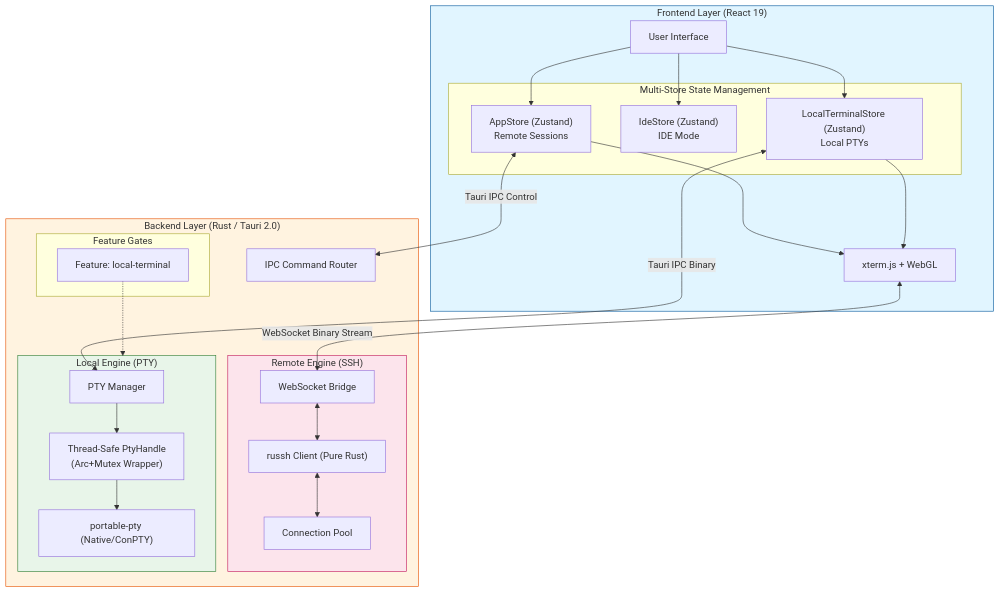
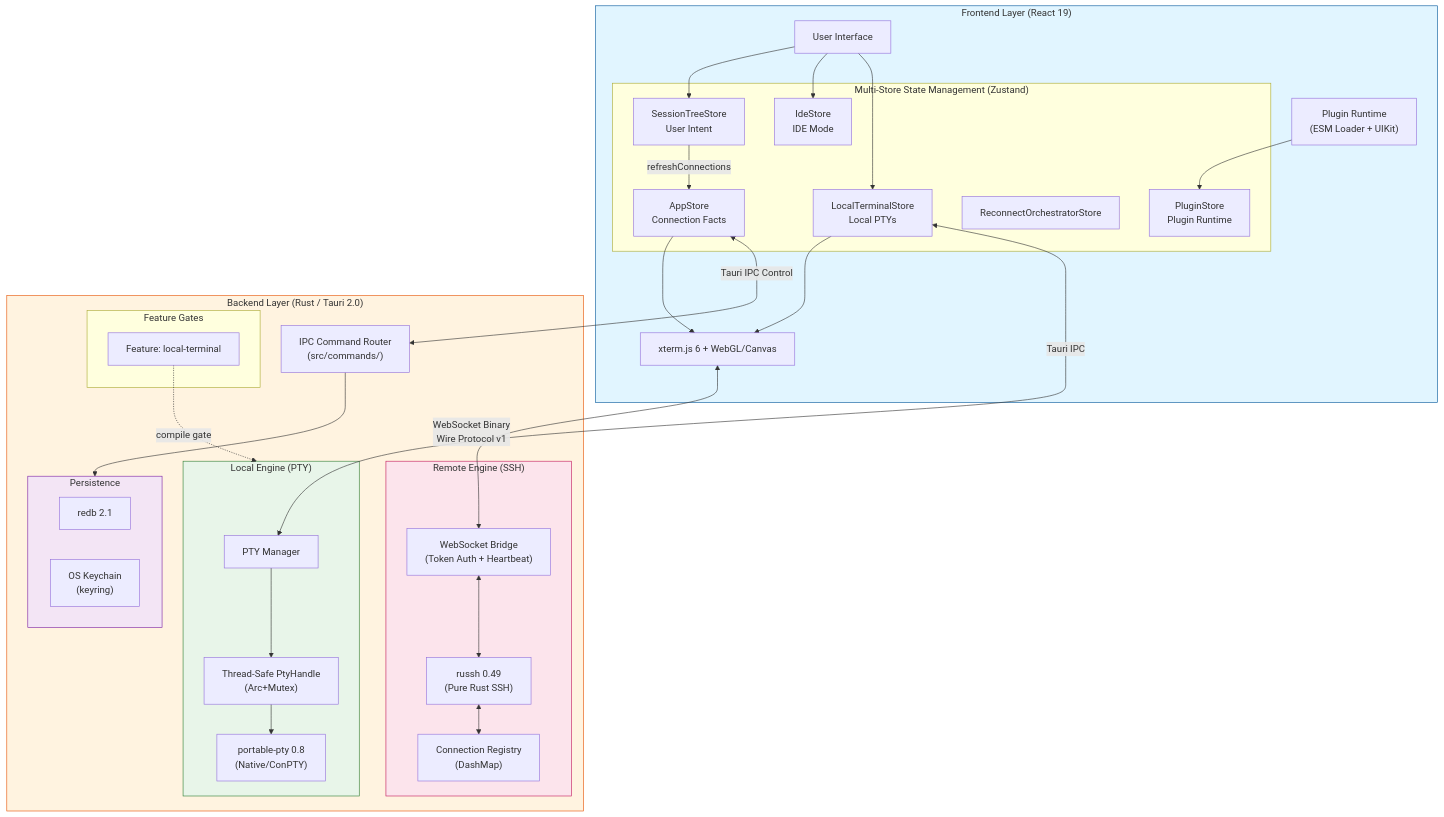
The diagram in README.md (AnalyseDeCircuit/OxideTerm), drawn with Mermaid before and after one commit. The commit also changed other lines of this file and 13 other files, not shown here.

First line of the commit message:
Refactor documentation and code structure for AI features, session management, and SFTP operations

````diff
--- a/README.md
+++ b/README.md
@@ -55,55 +58,68 @@
 ```mermaid
 flowchart TB
     subgraph Frontend ["Frontend Layer (React 19)"]
         UI[User Interface]
-        
-        subgraph Stores ["Multi-Store State Management"]
-            RemoteStore["AppStore (Zustand)<br/>Remote Sessions"]
-            IdeStore["IdeStore (Zustand)<br/>IDE Mode"]
-            LocalStore["LocalTerminalStore (Zustand)<br/>Local PTYs"]
+
+        subgraph Stores ["Multi-Store State Management (Zustand)"]
+            TreeStore["SessionTreeStore<br/>User Intent"]
+            AppStore["AppStore<br/>Connection Facts"]
+            IdeStore["IdeStore<br/>IDE Mode"]
+            LocalStore["LocalTerminalStore<br/>Local PTYs"]
+            ReconnectStore["ReconnectOrchestratorStore"]
+            PluginStore["PluginStore<br/>Plugin Runtime"]
         end
-        
-        Terminal["xterm.js + WebGL"]
-        
-        UI --> RemoteStore
+
+        Terminal["xterm.js 6 + WebGL/Canvas"]
+        PluginRT["Plugin Runtime<br/>(ESM Loader + UIKit)"]
+
+        UI --> TreeStore
+        TreeStore -->|refreshConnections| AppStore
         UI --> IdeStore
         UI --> LocalStore
-        RemoteStore --> Terminal
+        AppStore --> Terminal
         LocalStore --> Terminal
+        PluginRT --> PluginStore
     end
 
     subgraph Backend ["Backend Layer (Rust / Tauri 2.0)"]
-        Router["IPC Command Router"]
-        
+        Router["IPC Command Router<br/>(src/commands/)"]
+
         subgraph Features ["Feature Gates"]
             LocalFeat["Feature: local-terminal"]
         end
 
         subgraph RemoteEngine ["Remote Engine (SSH)"]
-            WS["WebSocket Bridge"]
-            SSH["russh Client (Pure Rust)"]
-            Pool["Connection Pool"]
+            WS["WebSocket Bridge<br/>(Token Auth + Heartbeat)"]
+            SSH["russh 0.49<br/>(Pure Rust SSH)"]
+            Pool["Connection Registry<br/>(DashMap)"]
         end
 
         subgraph LocalEngine ["Local Engine (PTY)"]
             PtyMgr["PTY Manager"]
-            PtyHandle["Thread-Safe PtyHandle<br/>(Arc+Mutex Wrapper)"]
-            NativePTY["portable-pty (Native/ConPTY)"]
+            PtyHandle["Thread-Safe PtyHandle<br/>(Arc+Mutex)"]
+            NativePTY["portable-pty 0.8<br/>(Native/ConPTY)"]
+        end
+
+        subgraph Storage ["Persistence"]
+            Redb["redb 2.1"]
+            Keychain["OS Keychain<br/>(keyring)"]
         end
     end
 
     %% Data Flows
-    LocalStore <-->|Tauri IPC Binary| PtyMgr
+    LocalStore <-->|Tauri IPC| PtyMgr
     PtyMgr --> PtyHandle --> NativePTY
-    
-    RemoteStore <-->|Tauri IPC Control| Router
-    Terminal <-->|WebSocket Binary Stream| WS
+
+    AppStore <-->|Tauri IPC Control| Router
+    Terminal <-->|WebSocket Binary<br/>Wire Protocol v1| WS
     WS <--> SSH <--> Pool
-    
-    LocalFeat -.-> LocalEngine
-    
+
+    Router --> Storage
+    LocalFeat -.->|compile gate| LocalEngine
+
     style Frontend fill:#e1f5ff,stroke:#01579b
     style Backend fill:#fff3e0,stroke:#e65100
     style LocalEngine fill:#e8f5e9,stroke:#2e7d32
     style RemoteEngine fill:#fce4ec,stroke:#c2185b
+    style Storage fill:#f3e5f5,stroke:#7b1fa2
 ```
````
